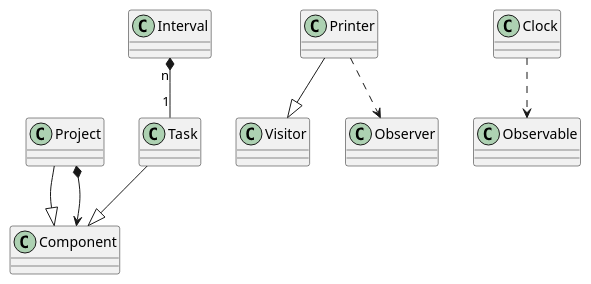
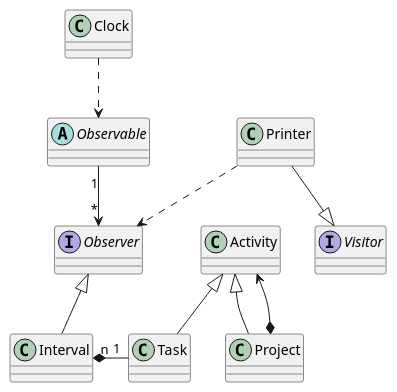
One commit to frcalderon/TimeTracker changed the diagram in TimeTracker.puml. Above: the diagram before and after it, drawn with PlantUML. The commit also changed 13 other files, not shown here.

```diff
--- a/TimeTracker.puml
+++ b/TimeTracker.puml
@@ -1,29 +1,34 @@
 @startuml
 
 class Project {}
 
 class Task {}
 
-class Component {}
+class Activity {}
 
 class Interval {}
 
-class Visitor {}
+interface Visitor {}
 
-class Observer {}
 
-class Observable {}
+
+interface Observer {}
+
+abstract class Observable {}
 
 class Clock {}
 
 class Printer {}
 
-Project --|> Component
-Project *--> Component
-Task --|> Component
-Interval "n" *-- "1" Task
+Project -up-|> Activity
+Project *-up-> Activity
+Task -up-|> Activity
+Task -[hidden]right- Project
+Interval "n" *-right- "1" Task
 Clock ..> Observable
 Printer ..> Observer
 Printer --|> Visitor
+Interval -up-|> Observer
+Observable "1"-->"*" Observer
 
 @enduml
```
